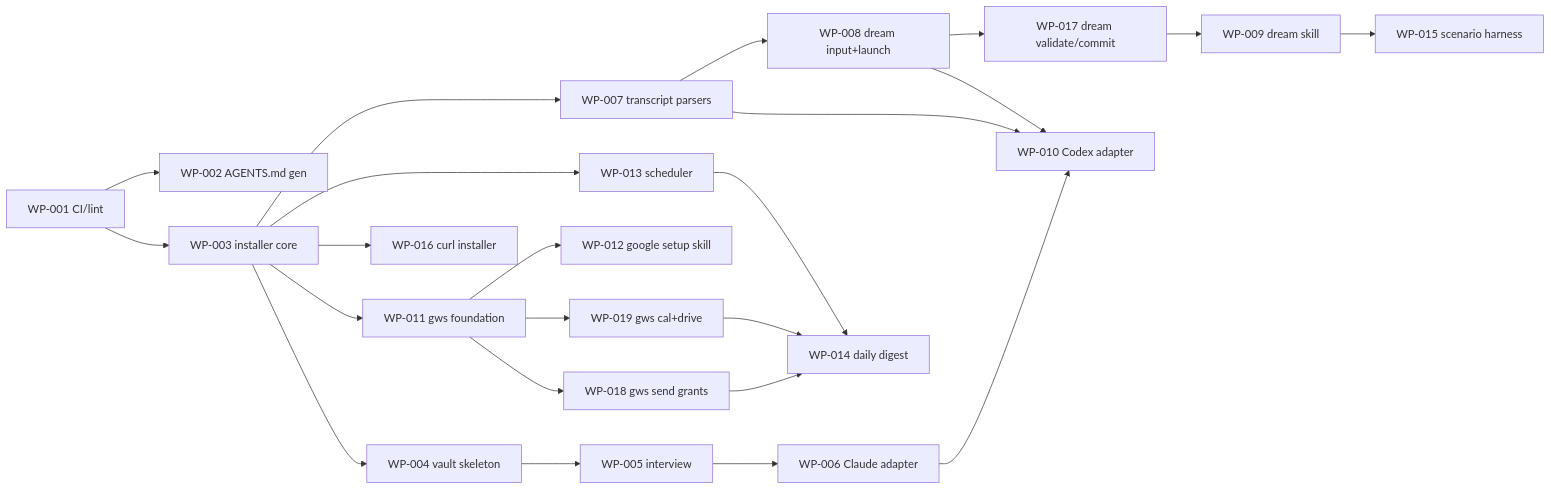
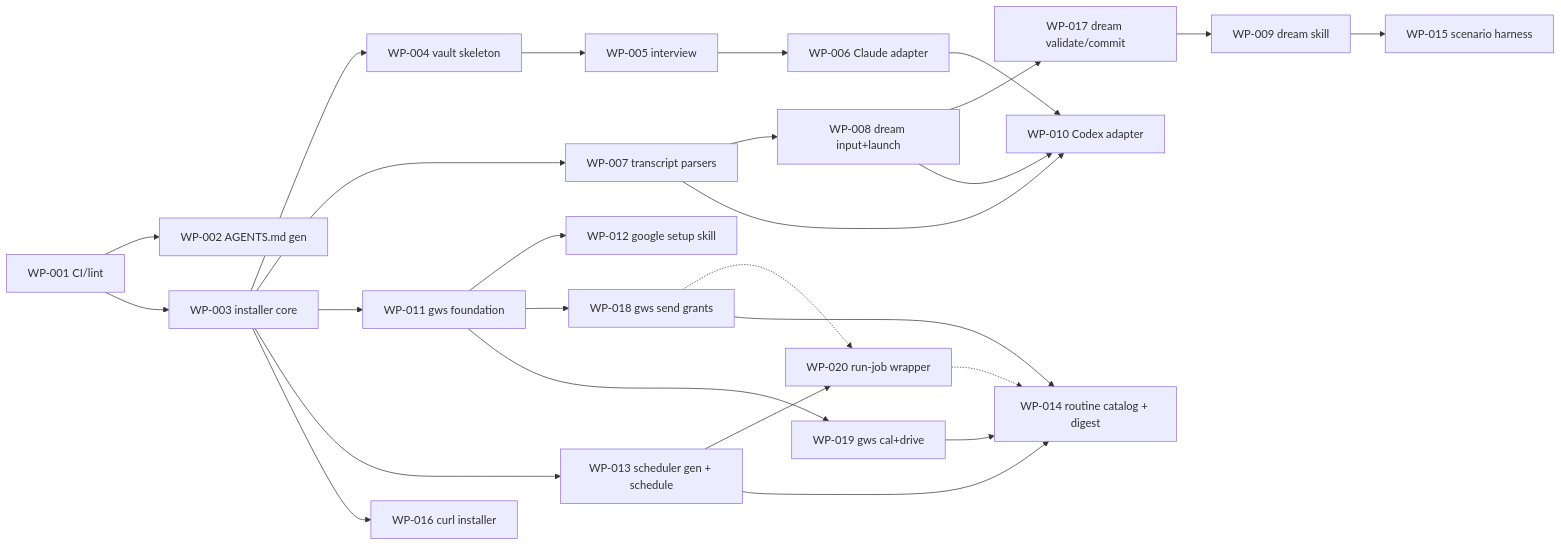
The diagram in docs/specs/ROADMAP.md (wienerdog-ai/wienerdog), drawn with Mermaid before and after one commit. The commit also changed other lines of this file and 5 other files, not shown here.

First line of the commit message:
docs(specs): final v1 batch — WP-012 google setup, WP-013 scheduler, WP-020 run-job (split), WP-014 routine catalog, WP-015 scenario harness — all Ready

````diff
--- a/docs/specs/ROADMAP.md
+++ b/docs/specs/ROADMAP.md
@@ -44,25 +45,28 @@
 ```mermaid
 graph LR
   WP001[WP-001 CI/lint] --> WP002[WP-002 AGENTS.md gen]
   WP001 --> WP003[WP-003 installer core]
   WP003 --> WP004[WP-004 vault skeleton]
   WP004 --> WP005[WP-005 interview]
   WP005 --> WP006[WP-006 Claude adapter]
   WP003 --> WP007[WP-007 transcript parsers]
   WP007 --> WP008[WP-008 dream input+launch]
   WP008 --> WP017[WP-017 dream validate/commit]
   WP017 --> WP009[WP-009 dream skill]
   WP006 --> WP010[WP-010 Codex adapter]
   WP007 --> WP010
   WP008 --> WP010
   WP003 --> WP011[WP-011 gws foundation]
   WP011 --> WP012[WP-012 google setup skill]
   WP011 --> WP018[WP-018 gws send grants]
   WP011 --> WP019[WP-019 gws cal+drive]
-  WP003 --> WP013[WP-013 scheduler]
-  WP018 --> WP014[WP-014 daily digest]
+  WP003 --> WP013[WP-013 scheduler gen + schedule]
+  WP013 --> WP020[WP-020 run-job wrapper]
+  WP018 -.-> WP020
+  WP018 --> WP014[WP-014 routine catalog + digest]
   WP019 --> WP014
   WP013 --> WP014
+  WP020 -.-> WP014
   WP009 --> WP015[WP-015 scenario harness]
   WP003 --> WP016[WP-016 curl installer]
 ```
````
